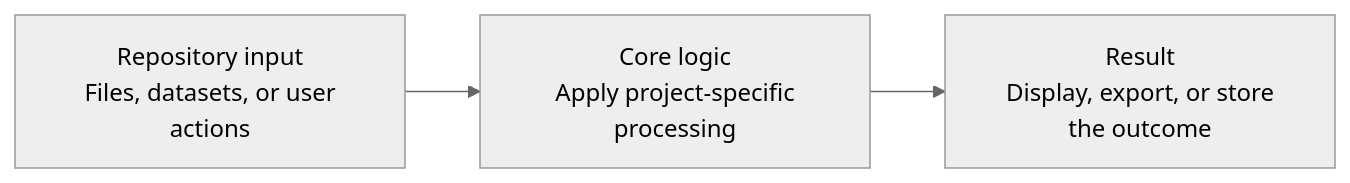
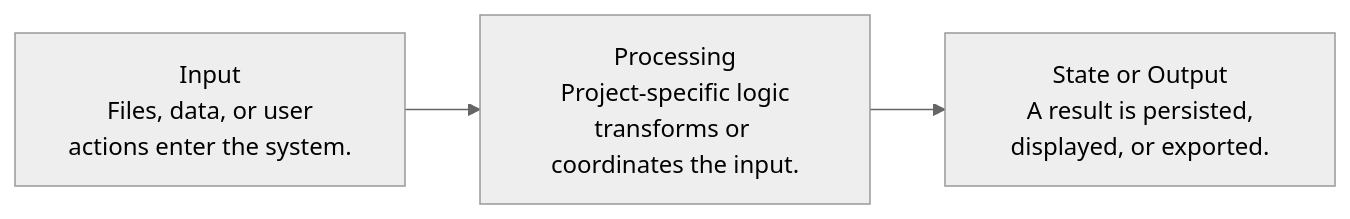
Before and after one commit to Kanishq10/Git-Practice: the diagram in README.md, drawn with Mermaid (neutral theme). The commit also changed other lines of this file, not shown here.

Commit message:
docs: replace README with professional project documentation

````diff
--- a/README.md
+++ b/README.md
@@ -16,8 +25,8 @@
 ```mermaid
 flowchart LR
-    N0["Repository input<br/> Files, datasets, or user actions"]
-    N1["Core logic<br/> Apply project-specific processing"]
+    N0["Input<br/> Files, data, or user actions enter the system."]
+    N1["Processing<br/> Project-specific logic transforms or coordinates the input."]
+    N2["State or Output<br/> A result is persisted, displayed, or exported."]
     N0 --> N1
-    N2["Result<br/> Display, export, or store the outcome"]
     N1 --> N2
 ```
````
